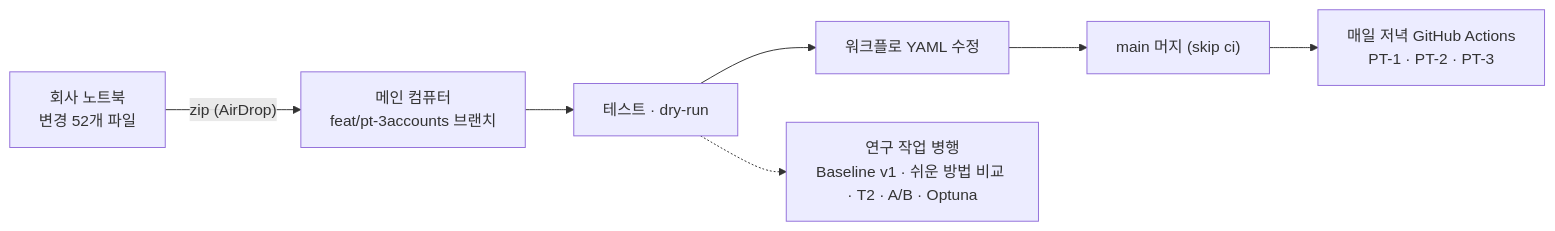
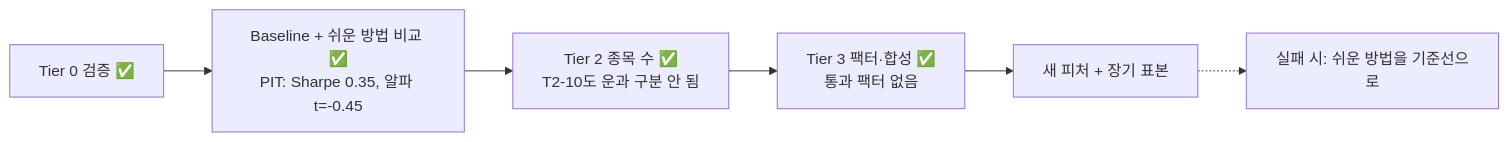
Before and after one commit to sean-ccho/Project_1: the first of 3 diagrams in docs/quant_improvement/WORK_SUMMARY.md, drawn with Mermaid. The commit also changed other lines of this file and 20 other files, not shown here.

Commit message:
research: Tier 3 팩터·합성 점수 검증(채택할 알파 없음), 인수인계 문서 통합 및 완료 문서 정리 [skip ci]

````diff
--- a/docs/quant_improvement/WORK_SUMMARY.md
+++ b/docs/quant_improvement/WORK_SUMMARY.md
@@ -18,9 +18,8 @@
 ```mermaid
 flowchart LR
-    A["회사 노트북<br/>변경 52개 파일"] -->|"zip (AirDrop)"| B["메인 컴퓨터<br/>feat/pt-3accounts 브랜치"]
-    B --> C["테스트 · dry-run"]
-    C --> D["워크플로 YAML 수정"]
-    D --> E["main 머지 (skip ci)"]
-    E --> F["매일 저녁 GitHub Actions<br/>PT-1 · PT-2 · PT-3"]
-    C -.-> G["연구 작업 병행<br/>Baseline v1 · 쉬운 방법 비교 · T2 · A/B · Optuna"]
+    A["Tier 0 검증 ✅"] --> B["Baseline + 쉬운 방법 비교 ✅<br/>PIT: Sharpe 0.35, 알파 t=-0.45"]
+    B --> C["Tier 2 종목 수 ✅<br/>T2-10도 운과 구분 안 됨"]
+    C --> D["Tier 3 팩터·합성 ✅<br/>통과 팩터 없음"]
+    D --> E["새 피처 + 장기 표본"]
+    E -.-> F["실패 시: 쉬운 방법을 기준선으로"]
 ```
````
